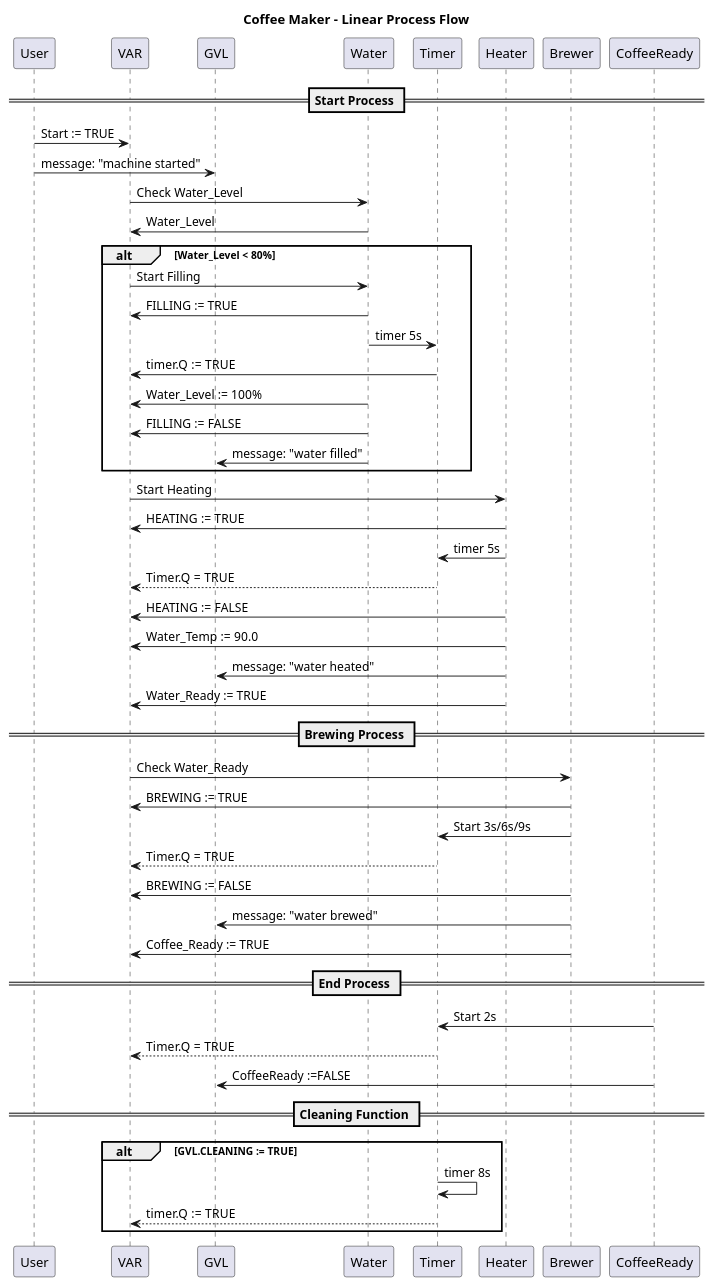
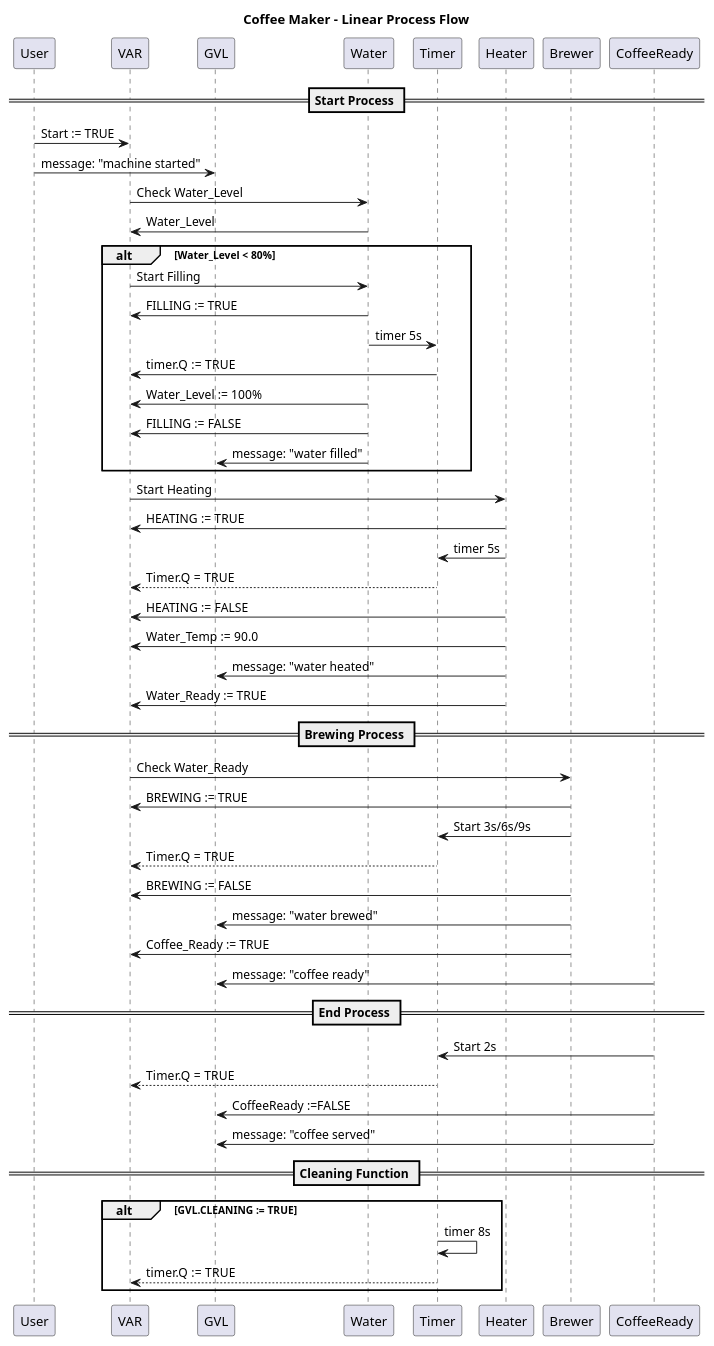
The diagram in mdbook/src/chapter_2.md (MicheleBossini/virtual-PLC), drawn with PlantUML before and after one commit. The commit also changed 3 other files, not shown here.

Commit message:
diagram task 1 added messages

````diff
--- a/mdbook/src/chapter_2.md
+++ b/mdbook/src/chapter_2.md
@@ -21,56 +21,56 @@
 ```plantuml
 @startuml
 title Coffee Maker - Linear Process Flow
 
 == Start Process ==
 
 User -> VAR : Start := TRUE
 User -> GVL : message: "machine started"
 VAR -> Water : Check Water_Level
 Water -> VAR : Water_Level
 
 alt Water_Level < 80%
 VAR -> Water : Start Filling
 Water -> VAR : FILLING := TRUE
 Water -> Timer : timer 5s
 Timer -> VAR : timer.Q := TRUE
 Water -> VAR : Water_Level := 100%
 Water -> VAR : FILLING := FALSE
 Water -> GVL : message: "water filled"
 end
 
 VAR -> Heater : Start Heating
 Heater -> VAR : HEATING := TRUE
 Heater -> Timer : timer 5s
 Timer --> VAR : Timer.Q = TRUE
 Heater -> VAR : HEATING := FALSE
 Heater -> VAR : Water_Temp := 90.0
 Heater -> GVL : message: "water heated"
 Heater -> VAR : Water_Ready := TRUE
 
 == Brewing Process ==
 
 VAR -> Brewer : Check Water_Ready
 
 Brewer -> VAR : BREWING := TRUE
 Brewer -> Timer : Start 3s/6s/9s
 Timer --> VAR : Timer.Q = TRUE
 Brewer -> VAR : BREWING := FALSE
 Brewer -> GVL : message: "water brewed"
 Brewer -> VAR : Coffee_Ready := TRUE
-
+CoffeeReady -> GVL : message: "coffee ready"
 
 == End Process ==
 CoffeeReady -> Timer : Start 2s
 Timer --> VAR : Timer.Q = TRUE
 CoffeeReady -> GVL : CoffeeReady :=FALSE
-
+CoffeeReady -> GVL : message: "coffee served"
 
 == Cleaning Function ==
 alt GVL.CLEANING := TRUE
 Timer -> Timer : timer 8s
 Timer --> VAR : timer.Q := TRUE
 end
 
 @enduml
 ```
````
